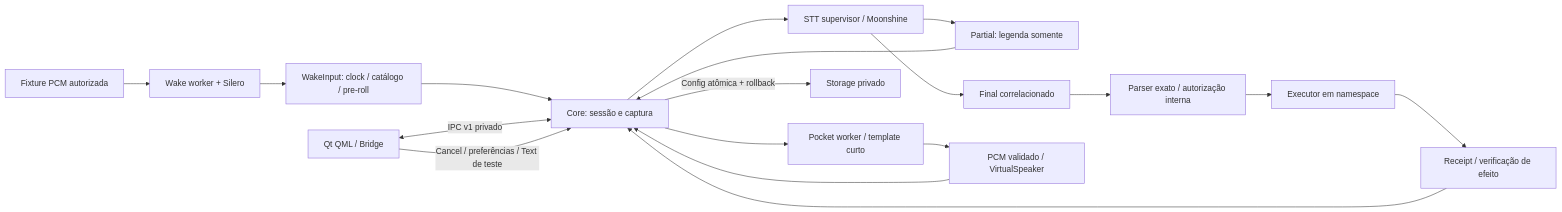
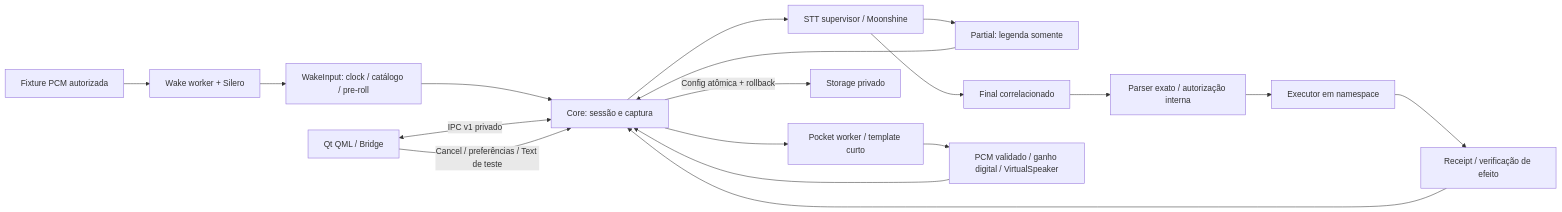
The diagram in docs/BASE_UI_MAP.md (LQ13ofc/Gideon2), drawn with Mermaid before and after one commit. The commit also changed other lines of this file and 3 other files, not shown here.

````diff
--- a/docs/BASE_UI_MAP.md
+++ b/docs/BASE_UI_MAP.md
@@ -8,20 +8,20 @@
 ```mermaid
 flowchart LR
   PCM[Fixture PCM autorizada] --> W[Wake worker + Silero]
   W --> WI[WakeInput: clock / catálogo / pre-roll]
   WI --> C[Core: sessão e captura]
   C --> SW[STT supervisor / Moonshine]
   SW --> P[Partial: legenda somente]
   P --> C
   SW --> F[Final correlacionado]
   F --> CMD[Parser exato / autorização interna]
   CMD --> EX[Executor em namespace]
   EX --> R[Receipt / verificação de efeito]
   R --> C
   C --> T[Pocket worker / template curto]
-  T --> V[PCM validado / VirtualSpeaker]
+  T --> V[PCM validado / ganho digital / VirtualSpeaker]
   V --> C
   UI[Qt QML / Bridge] <-->|IPC v1 privado| C
   UI -->|Cancel / preferências / Text de teste| C
   C -->|Config atômica + rollback| S[Storage privado]
 ```
````
